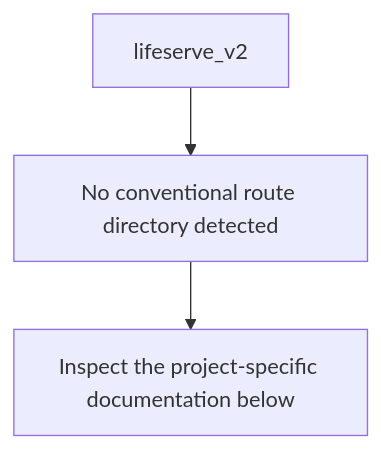
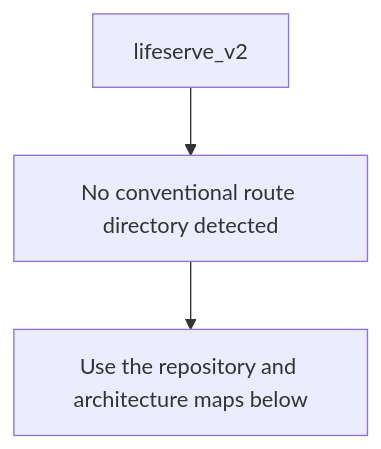
One commit to Nischhalsubba/lifeserve_v2 changed the second of 5 diagrams in README.md. Above: the diagram before and after it, drawn with Mermaid. The commit also changed other lines of this file, not shown here.

````diff
--- a/README.md
+++ b/README.md
@@ -47,6 +79,6 @@
 ```mermaid
 flowchart TD
     APP["lifeserve_v2"]
     APP --> SOURCE["No conventional route directory detected"]
-    SOURCE --> VERIFY["Inspect the project-specific documentation below"]
+    SOURCE --> GUIDE["Use the repository and architecture maps below"]
 ```
````
